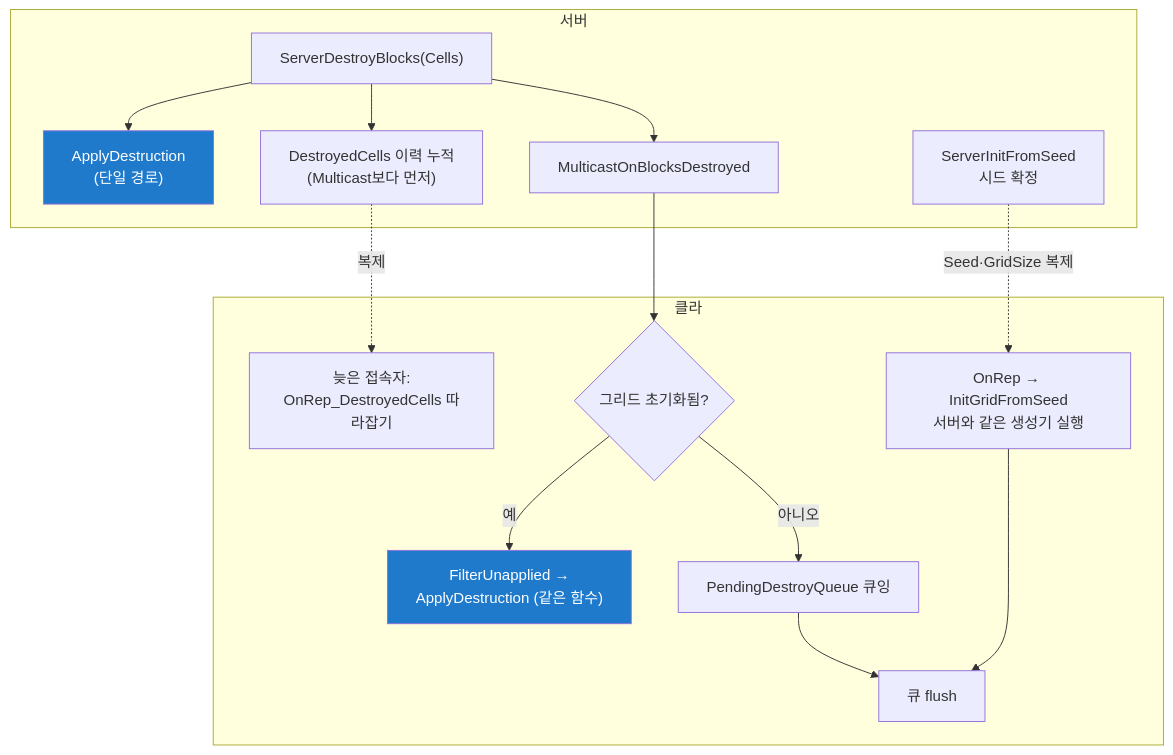
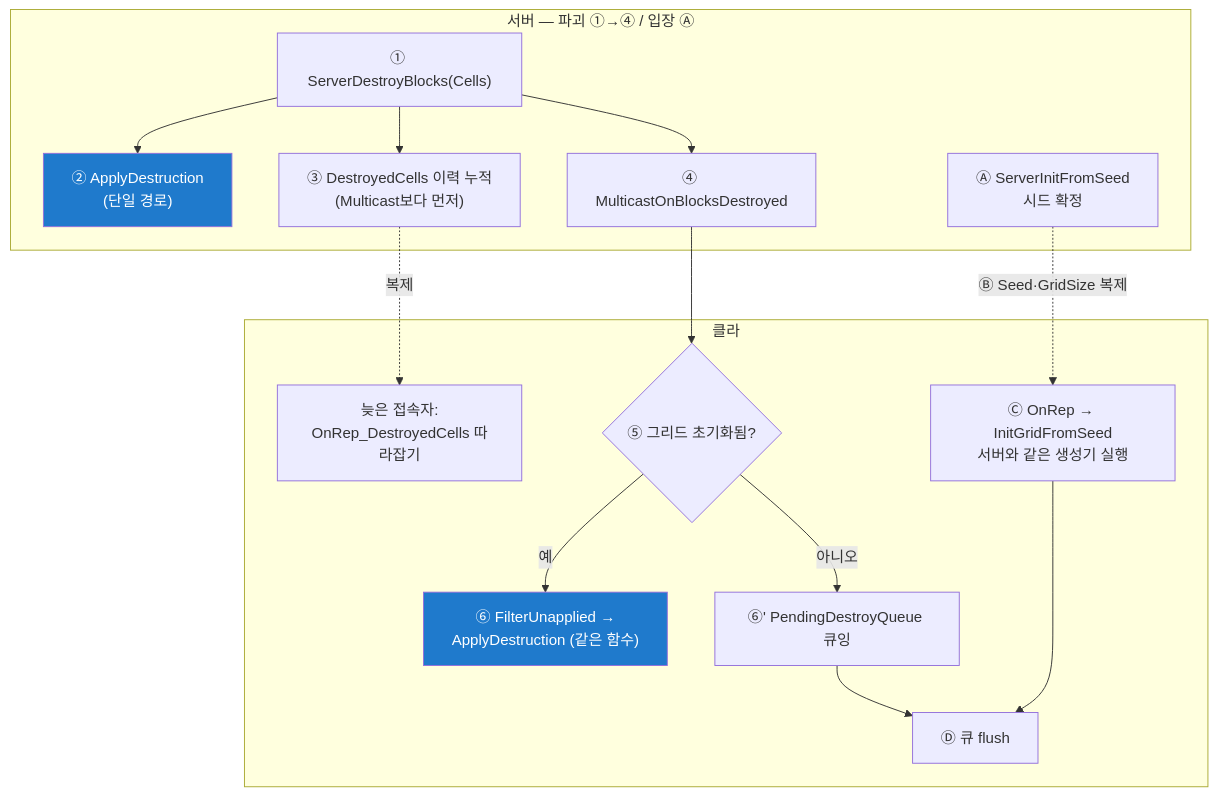
One commit to chomul/CrazyArcade_3D changed the diagram in Docs/Voxel/03-VoxelWorld.md. Above: the diagram before and after it, drawn with Mermaid. The commit also changed 7 other files, not shown here.

First line of the commit message:
Docs — 구조도에 진행 순서 번호 (사용자 요청)

````diff
--- a/Docs/Voxel/03-VoxelWorld.md
+++ b/Docs/Voxel/03-VoxelWorld.md
@@ -50,20 +50,20 @@
 ```mermaid
 flowchart TD
-    subgraph SV["서버"]
-        A["ServerDestroyBlocks(Cells)"] --> B["ApplyDestruction<br>(단일 경로)"]
-        A --> C["DestroyedCells 이력 누적<br>(Multicast보다 먼저)"]
-        A --> D["MulticastOnBlocksDestroyed"]
-        SEED["ServerInitFromSeed<br>시드 확정"]
+    subgraph SV["서버 — 파괴 ①→④ / 입장 Ⓐ"]
+        A["① ServerDestroyBlocks(Cells)"] --> B["② ApplyDestruction<br>(단일 경로)"]
+        A --> C["③ DestroyedCells 이력 누적<br>(Multicast보다 먼저)"]
+        A --> D["④ MulticastOnBlocksDestroyed"]
+        SEED["Ⓐ ServerInitFromSeed<br>시드 확정"]
     end
     subgraph CL["클라"]
-        D --> E{"그리드 초기화됨?"}
-        E -->|"예"| F["FilterUnapplied →<br>ApplyDestruction (같은 함수)"]
-        E -->|"아니오"| G["PendingDestroyQueue 큐잉"]
-        SEED -.->|"Seed·GridSize 복제"| H["OnRep → InitGridFromSeed<br>서버와 같은 생성기 실행"]
+        D --> E{"⑤ 그리드 초기화됨?"}
+        E -->|"예"| F["⑥ FilterUnapplied →<br>ApplyDestruction (같은 함수)"]
+        E -->|"아니오"| G["⑥' PendingDestroyQueue 큐잉"]
+        SEED -.->|"Ⓑ Seed·GridSize 복제"| H["Ⓒ OnRep → InitGridFromSeed<br>서버와 같은 생성기 실행"]
         C -.->|"복제"| I["늦은 접속자:<br>OnRep_DestroyedCells 따라잡기"]
-        H --> J["큐 flush"]
+        H --> J["Ⓓ 큐 flush"]
         G --> J
     end
     style B fill:#1F7ACC,color:#fff
     style F fill:#1F7ACC,color:#fff
 ```
````
